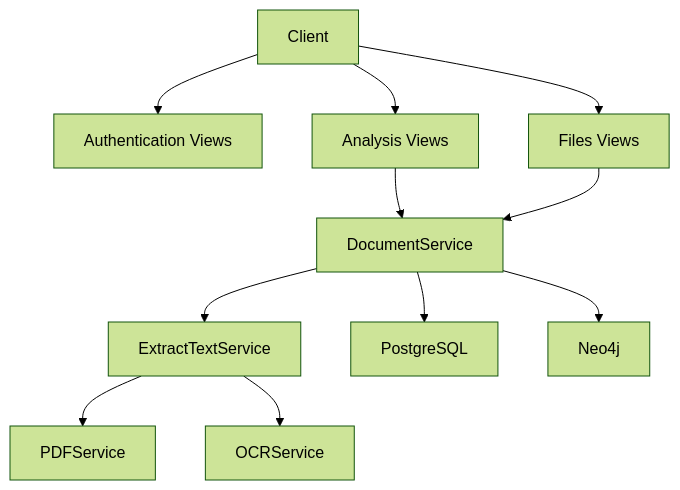
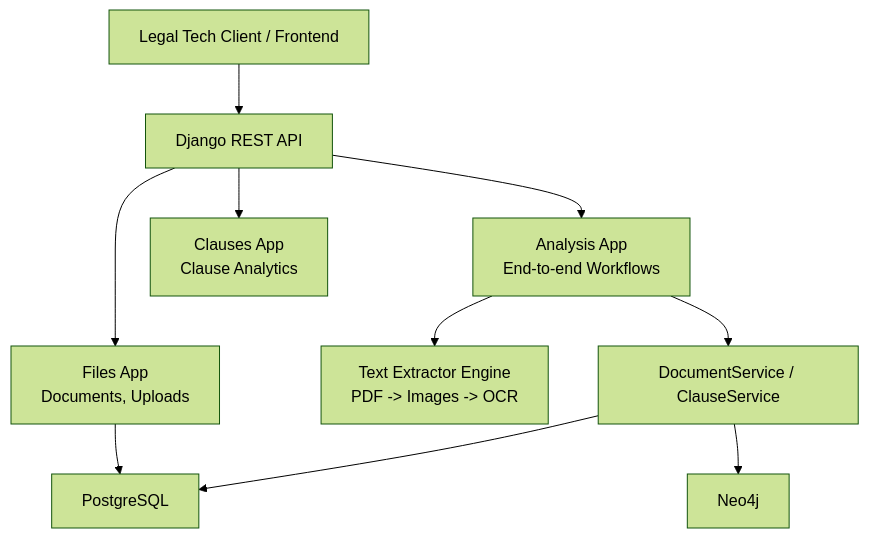
One commit to HamzaHindo/veritasshield changed the second of 7 diagrams in backend/.qoder/repowiki/en/content/Project Overview/Project Overview.md. Above: the diagram before and after it, drawn with Mermaid (forest theme). The commit also changed other lines of this file and 49 other files, not shown here.

````diff
--- a/backend/.qoder/repowiki/en/content/Project Overview/Project Overview.md
+++ b/backend/.qoder/repowiki/en/content/Project Overview/Project Overview.md
@@ -134,23 +129,21 @@
 ```mermaid
 graph TB
-Client["Client"]
-Auth["Authentication Views"]
-FilesAPI["Files Views"]
-AnalysisAPI["Analysis Views"]
-DocSvc["DocumentService"]
-OCR["ExtractTextService"]
-OCREngine["OCRService"]
-PDFConv["PDFService"]
-PG["PostgreSQL"]
-NG["Neo4j"]
-Client --> Auth
-Client --> FilesAPI
-Client --> AnalysisAPI
-AnalysisAPI --> DocSvc
-FilesAPI --> DocSvc
-DocSvc --> OCR
-OCR --> PDFConv
-OCR --> OCREngine
-DocSvc --> PG
-DocSvc --> NG
+Client["Legal Tech Client / Frontend"]
+API["Django REST API"]
+Files["Files App<br/>Documents, Uploads"]
+Analysis["Analysis App<br/>End-to-end Workflows"]
+Clauses["Clauses App<br/>Clause Analytics"]
+TextEngine["Text Extractor Engine<br/>PDF -> Images -> OCR"]
+Services["DocumentService / ClauseService"]
+Postgres["PostgreSQL"]
+Neo4j["Neo4j"]
+Client --> API
+API --> Files
+API --> Analysis
+API --> Clauses
+Analysis --> TextEngine
+Analysis --> Services
+Files --> Postgres
+Services --> Neo4j
+Services --> Postgres
 ```
````
